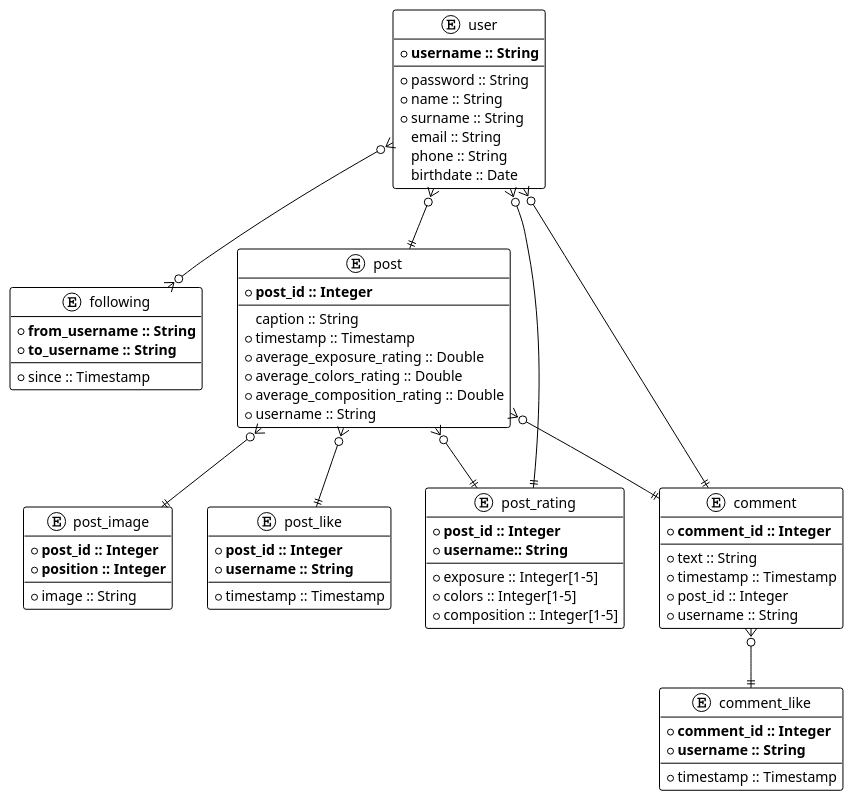
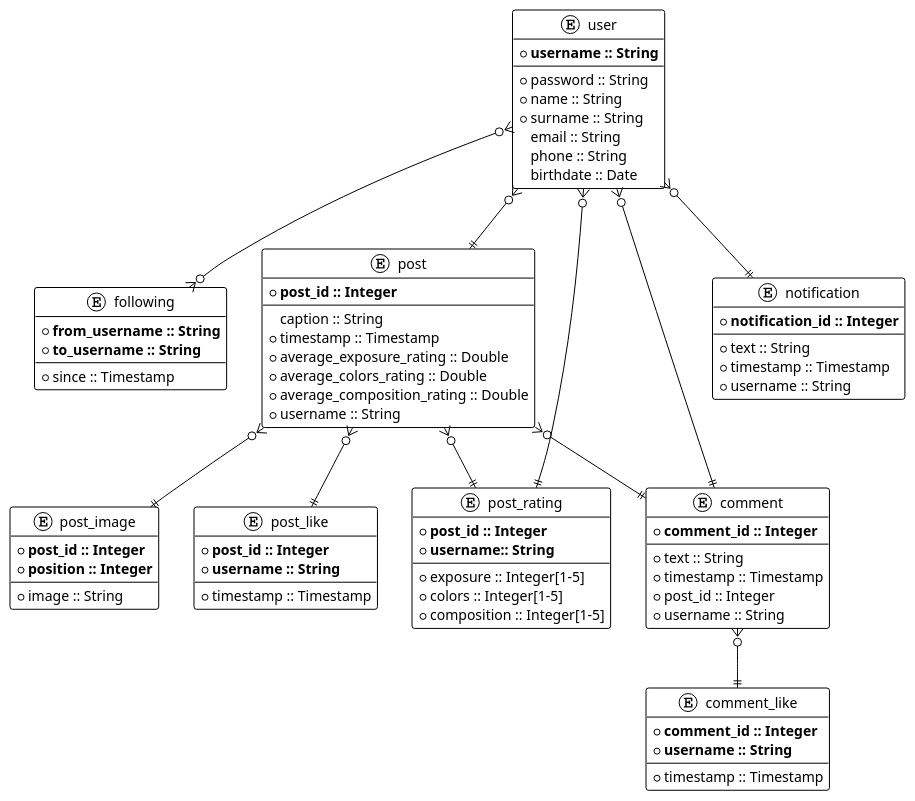
The diagram in db_project/er.plantuml (ValentinaPieri/lipho), drawn with PlantUML before and after one commit. The commit also changed 1 other file, not shown here.

Commit message:
Created notification table

```diff
--- a/db_project/er.plantuml
+++ b/db_project/er.plantuml
@@ -1,82 +1,91 @@
 @startuml Lipho DB ER Diagram
 !theme plain
 
 entity user {
     * **username :: String**
     --
     * password :: String
     * name :: String
     * surname :: String
     email :: String
     phone :: String
     birthdate :: Date
 }
 
 entity following {
     * **from_username :: String**
     * **to_username :: String**
     --
     * since :: Timestamp
 }
 
 entity post {
     * **post_id :: Integer**
     --
     caption :: String
     * timestamp :: Timestamp
     * average_exposure_rating :: Double
     * average_colors_rating :: Double
     * average_composition_rating :: Double
     * username :: String
 }
 
 entity post_image {
     * **post_id :: Integer**
     * **position :: Integer**
     --
     * image :: String
 }
 
 entity post_like {
     * **post_id :: Integer**
     * **username :: String**
     --
     * timestamp :: Timestamp
 }
 
 entity post_rating {
     * **post_id :: Integer**
     * **username:: String**
     --
     * exposure :: Integer[1-5]
     * colors :: Integer[1-5]
     * composition :: Integer[1-5]
 }
 
 entity comment {
     * **comment_id :: Integer**
     --
     * text :: String
     * timestamp :: Timestamp
     * post_id :: Integer
     * username :: String
 }
 
 entity comment_like {
     * **comment_id :: Integer**
     * **username :: String**
     --
     * timestamp :: Timestamp
 }
 
+entity notification {
+    * **notification_id :: Integer**
+    --
+    * text :: String
+    * timestamp :: Timestamp
+    * username :: String
+}
+
 user }o--o{ following
 user }o--|| post
+user }o--|| notification
 post }o--|| post_image
 post }o--|| post_rating
 post }o--|| comment
 post }o--|| post_like
 post_rating ||--o{ user
 comment ||--o{ user
 comment }o--|| comment_like
 
 @enduml
```
